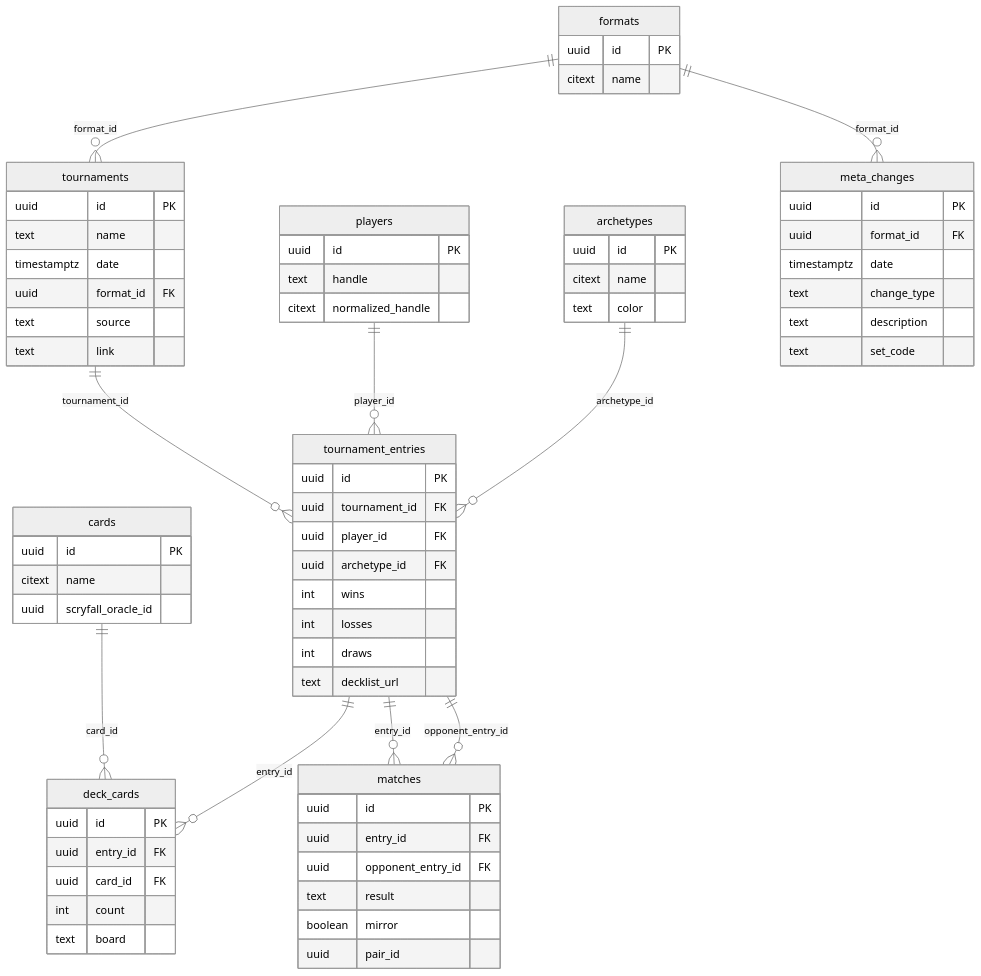
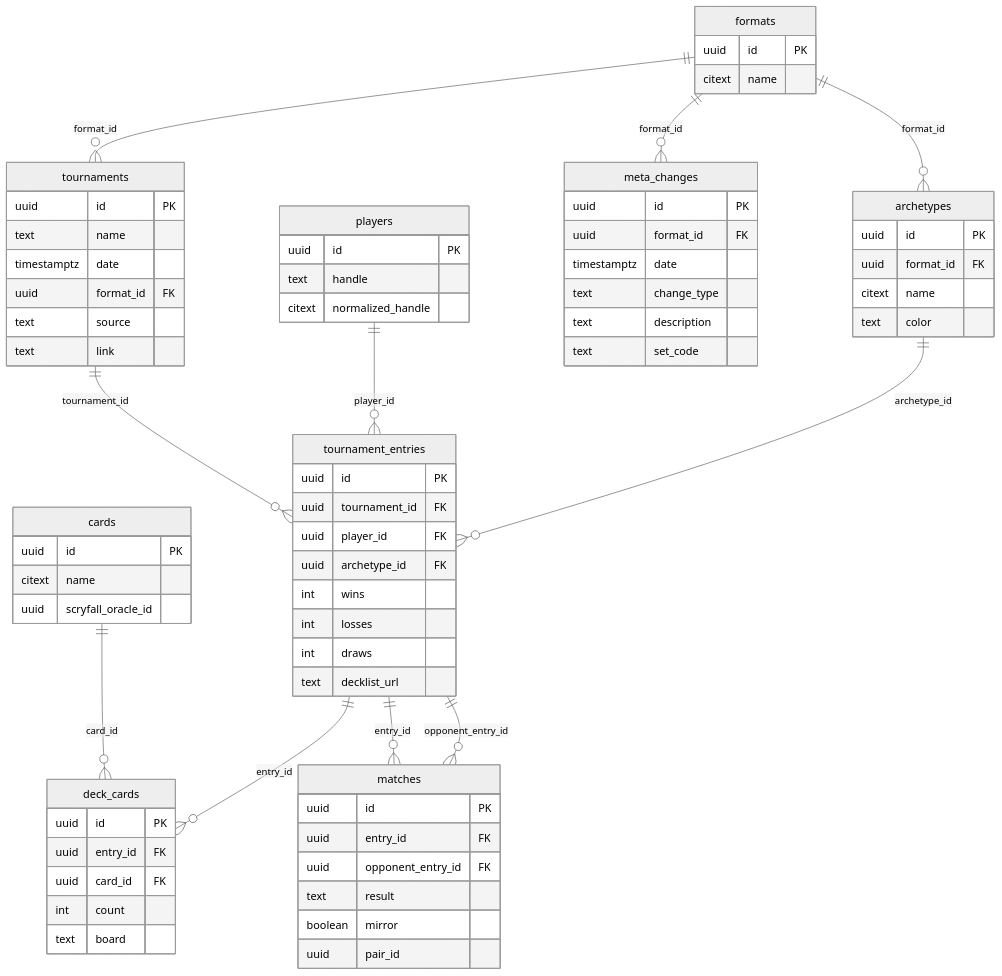
One commit to Jiliac/metamage changed the diagram in docs/schema.mmd. Above: the diagram before and after it, drawn with Mermaid (neutral theme). The commit also changed 2 other files, not shown here.

Commit message:
feat: add format constraint to archetypes

```diff
--- a/docs/schema.mmd
+++ b/docs/schema.mmd
@@ -1,92 +1,95 @@
 erDiagram
     %% Enumerations:
     %% - tournaments.source: MTGO | MELEE | OTHER
     %% - deck_cards.board: MAIN | SIDE
     %% - matches.result: WIN | LOSS | DRAW
     %% - meta_changes.change_type: BAN | SET_RELEASE
 
     formats {
         uuid id PK
         citext name
     }
 
     meta_changes {
         uuid id PK
         uuid format_id FK 
         timestamptz date 
         text change_type 
         text description
         text set_code
     }
 
     players {
         uuid id PK
         text handle 
         citext normalized_handle 
     }
 
     cards {
         uuid id PK
         citext name 
         uuid scryfall_oracle_id
     }
 
     archetypes {
         uuid id PK
+        uuid format_id FK
         citext name 
         text color
+        %% UNIQUE (format_id, name)
     }
 
     tournaments {
         uuid id PK
         text name 
         timestamptz date 
         uuid format_id FK 
         text source 
         text link
     }
 
     tournament_entries {
         uuid id PK
         uuid tournament_id FK 
         uuid player_id FK 
         uuid archetype_id FK 
         int wins 
         int losses 
         int draws 
         text decklist_url
         %% UNIQUE (tournament_id, player_id)
     }
 
     deck_cards {
         uuid id PK
         uuid entry_id FK 
         uuid card_id FK 
         int count 
         text board 
         %% board: MAIN | SIDE
         %% UNIQUE (entry_id, card_id, board)
     }
 
     matches {
         uuid id PK
         uuid entry_id FK 
         uuid opponent_entry_id FK 
         text result 
         boolean mirror 
         uuid pair_id
         %% result: WIN | LOSS | DRAW (from entry_id's perspective)
         %% pair_id: UUID shared by both rows of a real pairing
         %% To avoid double-counting in queries, aggregate by pair_id or filter to entry_id < opponent_entry_id
     }
 
     %% Relationships
     formats ||--o{ tournaments : "format_id"
     formats ||--o{ meta_changes : "format_id"
+    formats ||--o{ archetypes : "format_id"
     tournaments ||--o{ tournament_entries : "tournament_id"
     players ||--o{ tournament_entries : "player_id"
     archetypes ||--o{ tournament_entries : "archetype_id"
     tournament_entries ||--o{ deck_cards : "entry_id"
     cards ||--o{ deck_cards : "card_id"
     tournament_entries ||--o{ matches : "entry_id"
     tournament_entries ||--o{ matches : "opponent_entry_id"
```
